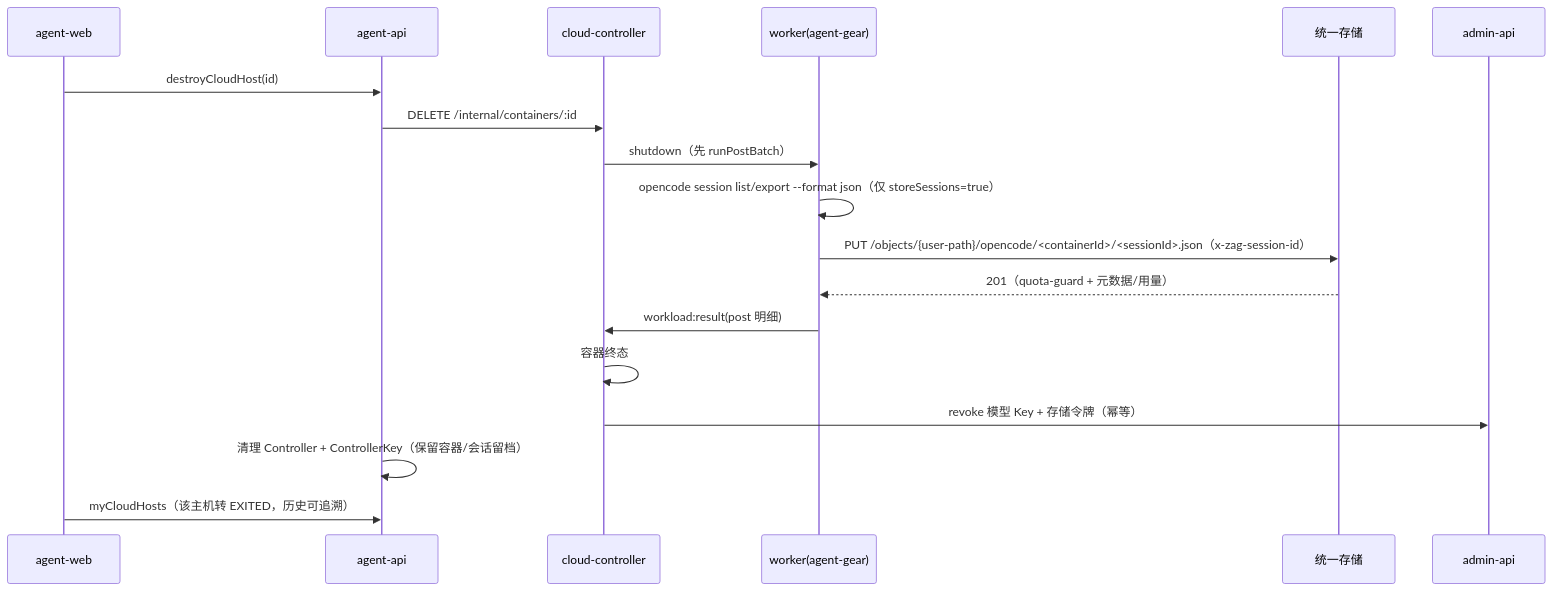
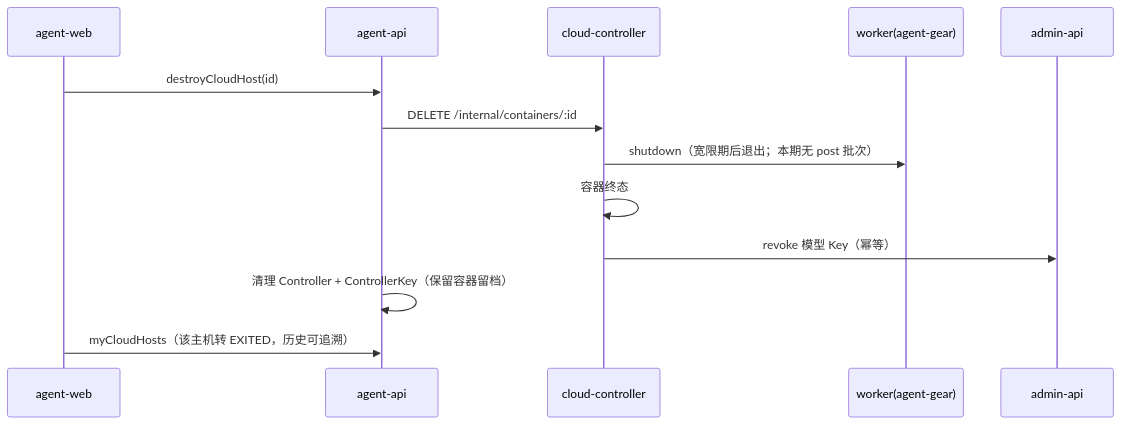
Before and after one commit to Deliay/z-agent-gear: the fifth of 5 diagrams in docs/engineering/proposals/20261020-feat-container-harness-support.md, drawn with Mermaid. The commit also changed other lines of this file and 3 other files, not shown here.

````diff
--- a/docs/engineering/proposals/20261020-feat-container-harness-support.md
+++ b/docs/engineering/proposals/20261020-feat-container-harness-support.md
@@ -515,21 +406,16 @@
 ```mermaid
 sequenceDiagram
     participant AW as agent-web
     participant AA as agent-api
     participant CC as cloud-controller
     participant W as worker(agent-gear)
-    participant ST as 统一存储
     participant AD as admin-api
 
     AW->>AA: destroyCloudHost(id)
     AA->>CC: DELETE /internal/containers/:id
-    CC->>W: shutdown（先 runPostBatch）
-    W->>W: opencode session list/export --format json（仅 storeSessions=true）
-    W->>ST: PUT /objects/{user-path}/opencode/<containerId>/<sessionId>.json（x-zag-session-id）
-    ST-->>W: 201（quota-guard + 元数据/用量）
-    W->>CC: workload:result(post 明细)
+    CC->>W: shutdown（宽限期后退出；本期无 post 批次）
     CC->>CC: 容器终态
-    CC->>AD: revoke 模型 Key + 存储令牌（幂等）
-    AA->>AA: 清理 Controller + ControllerKey（保留容器/会话留档）
+    CC->>AD: revoke 模型 Key（幂等）
+    AA->>AA: 清理 Controller + ControllerKey（保留容器留档）
     AW->>AA: myCloudHosts（该主机转 EXITED，历史可追溯）
 ```
````
